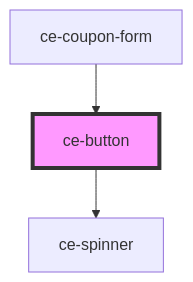
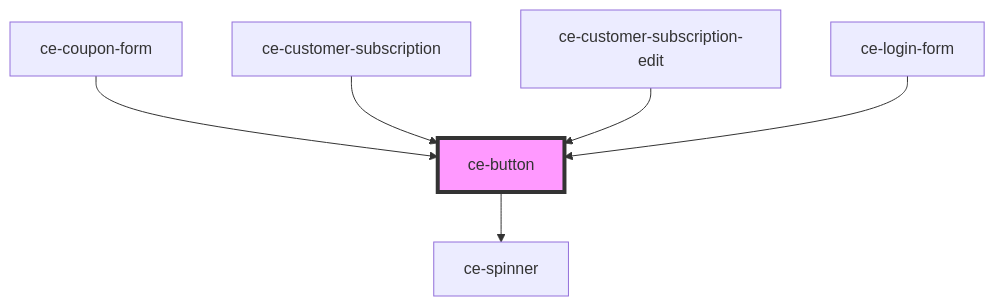
Before and after one commit to surecart/surecart-wp-plugin: the diagram in packages/components/src/components/ui/button/readme.md, drawn with Mermaid. The commit also changed other lines of this file and 41 other files, not shown here.

````diff
--- a/packages/components/src/components/ui/button/readme.md
+++ b/packages/components/src/components/ui/button/readme.md
@@ -58,6 +61,9 @@
 ```mermaid
 graph TD;
   ce-button --> ce-spinner
   ce-coupon-form --> ce-button
+  ce-customer-subscription --> ce-button
+  ce-customer-subscription-edit --> ce-button
+  ce-login-form --> ce-button
   style ce-button fill:#f9f,stroke:#333,stroke-width:4px
 ```
````
